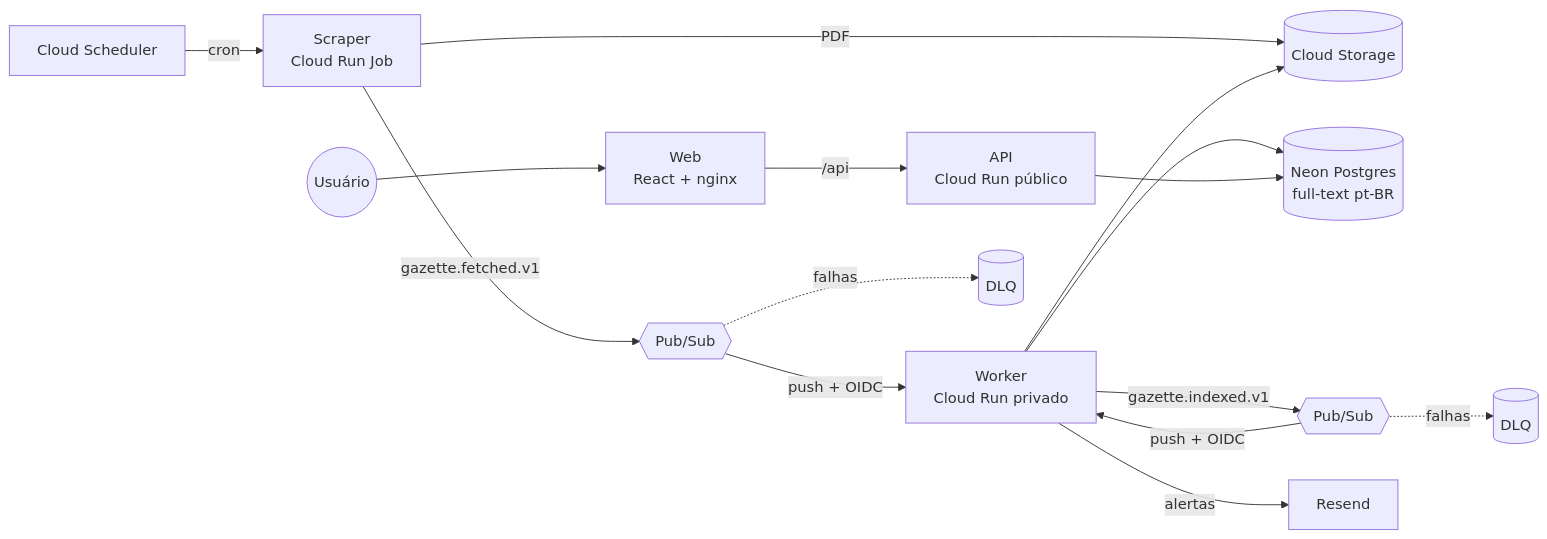
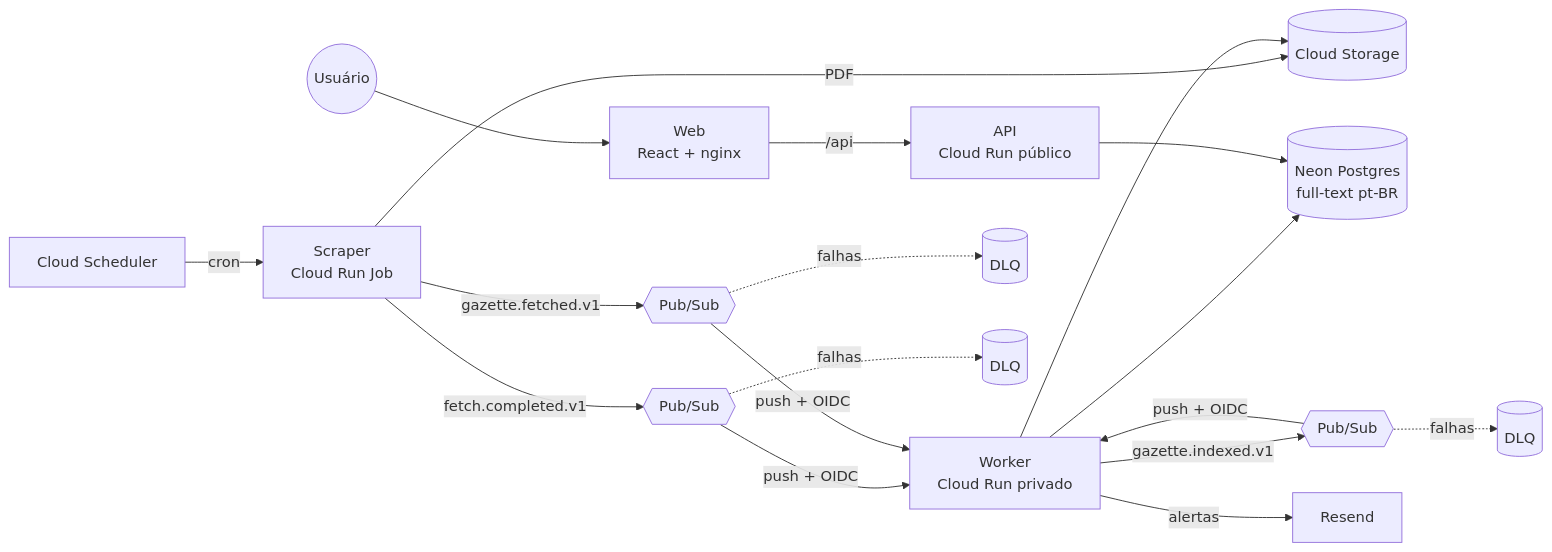
The diagram in README.md (Lucantas/diario-sg), drawn with Mermaid before and after one commit. The commit also changed other lines of this file and 3 other files, not shown here.

Commit message:
docs: base comum no README, no roadmap e no plano

````diff
--- a/README.md
+++ b/README.md
@@ -28,17 +28,20 @@
 ```mermaid
 flowchart LR
   sched[Cloud Scheduler] -->|cron| scraper[Scraper<br/>Cloud Run Job]
   scraper -->|PDF| gcs[(Cloud Storage)]
   scraper -->|gazette.fetched.v1| q1{{Pub/Sub}}
+  scraper -->|fetch.completed.v1| q3{{Pub/Sub}}
+  q3 -->|push + OIDC| worker
   q1 -->|push + OIDC| worker[Worker<br/>Cloud Run privado]
   worker --> gcs
   worker --> db[(Neon Postgres<br/>full-text pt-BR)]
   worker -->|gazette.indexed.v1| q2{{Pub/Sub}}
   q2 -->|push + OIDC| worker
   worker -->|alertas| mail[Resend]
   user((Usuário)) --> web[Web<br/>React + nginx]
   web -->|/api| api[API<br/>Cloud Run público]
   api --> db
   q1 -.falhas.-> dlq1[(DLQ)]
   q2 -.falhas.-> dlq2[(DLQ)]
+  q3 -.falhas.-> dlq3[(DLQ)]
 ```
````
